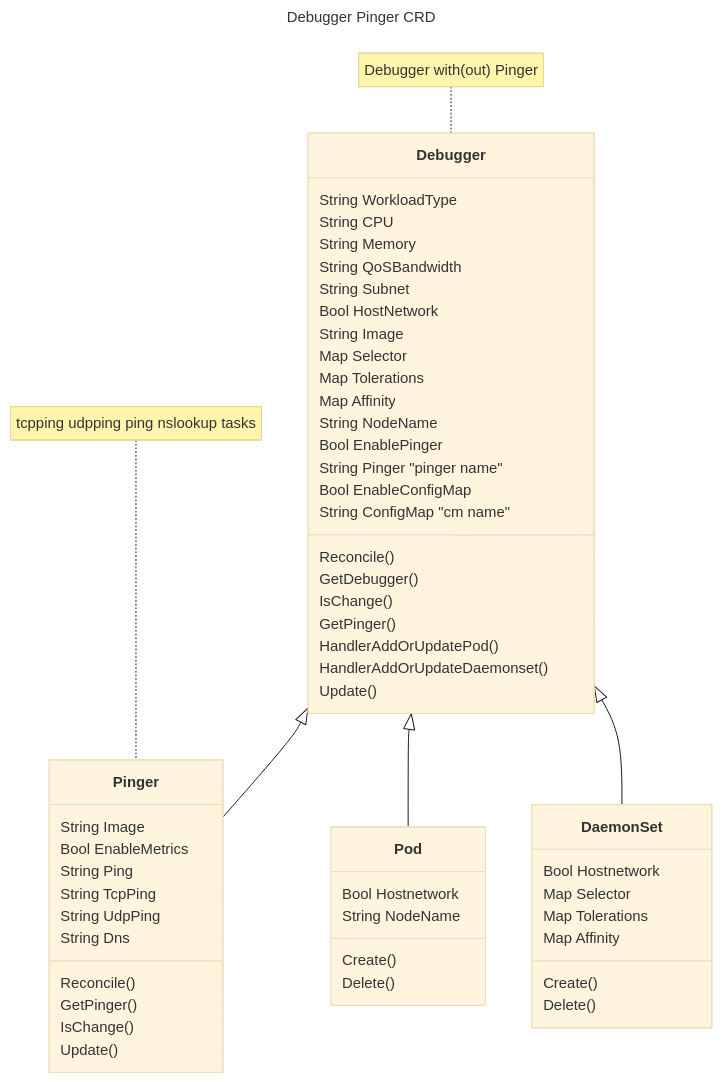
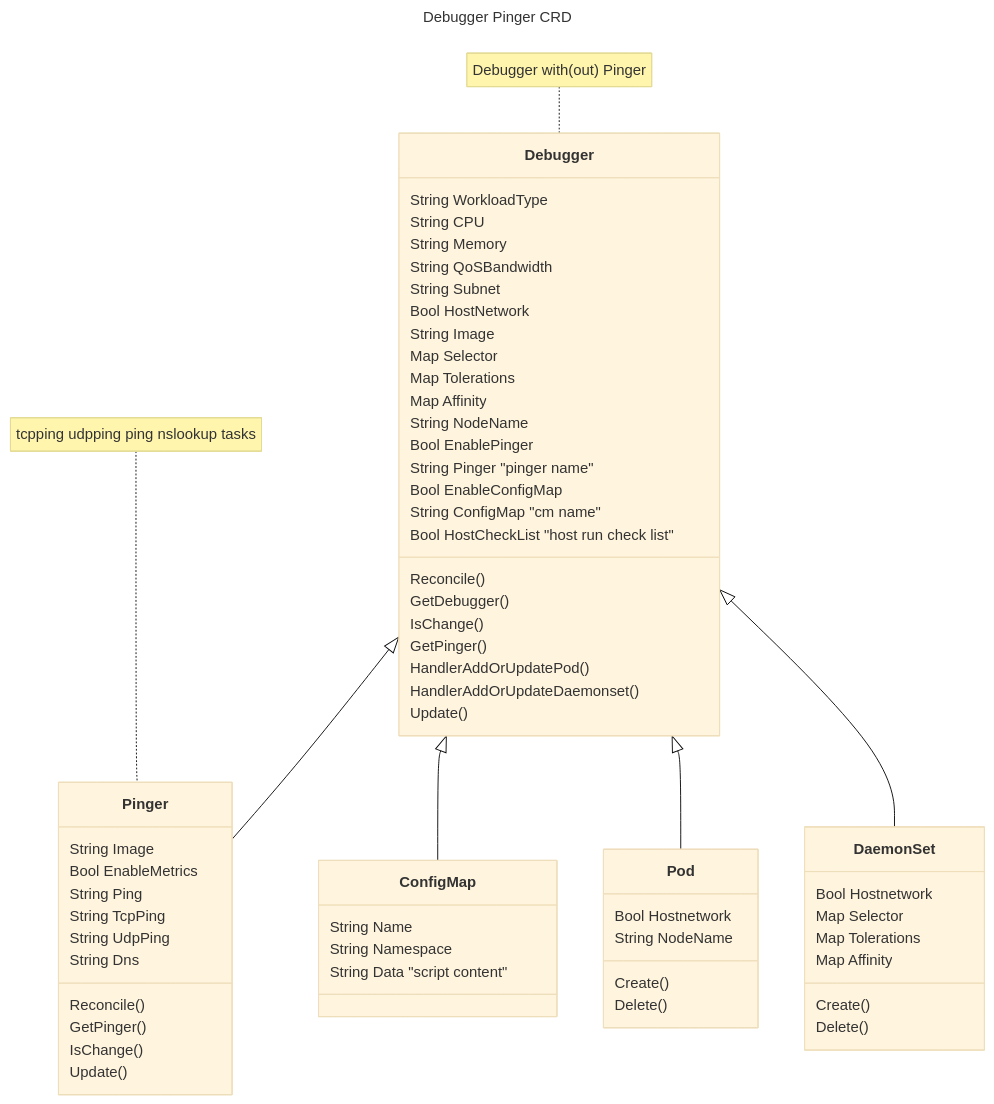
One commit to kubecombo/kube-combo changed the first of 3 diagrams in docs/debugger-pinger.md. Above: the diagram before and after it, drawn with Mermaid (base theme). The commit also changed 6 other files, not shown here.

````diff
--- a/docs/debugger-pinger.md
+++ b/docs/debugger-pinger.md
@@ -5,69 +5,77 @@
 ```mermaid
 ---
 title: Debugger Pinger CRD
 ---
 classDiagram
     note for Debugger "Debugger with(out) Pinger"
     Debugger <|-- Pinger
+    Debugger <|-- ConfigMap
     note for Pinger "tcpping udpping ping nslookup tasks"
     Debugger <|-- Pod
     Debugger <|-- DaemonSet
 
     class Debugger {
         String WorkloadType
         String CPU
         String Memory
         String QoSBandwidth
         String Subnet
         Bool HostNetwork
         String Image
         Map Selector
         Map Tolerations
         Map Affinity
         String NodeName
         Bool EnablePinger
         String Pinger "pinger name"
         Bool EnableConfigMap
         String ConfigMap "cm name"
-        
+        Bool HostCheckList "host run check list"
+
         Reconcile()
         GetDebugger()
         IsChange()
         GetPinger()
         HandlerAddOrUpdatePod()
         HandlerAddOrUpdateDaemonset()
         Update()
     }
+
+   class ConfigMap {
+        String Name
+        String Namespace
+        String Data "script content"
+   }
 
    class Pinger {
         String Image
         Bool EnableMetrics
         String Ping
         String TcpPing
         String UdpPing
         String Dns
 
         Reconcile()
         GetPinger()
         IsChange()
         Update()
     }
 
    class Pod {
         Bool Hostnetwork
         String NodeName
 
         Create()
         Delete()
     }
 
    class DaemonSet {
      Bool Hostnetwork
      Map Selector
      Map Tolerations
      Map Affinity
 
      Create()
      Delete()
     }
 ```
````
